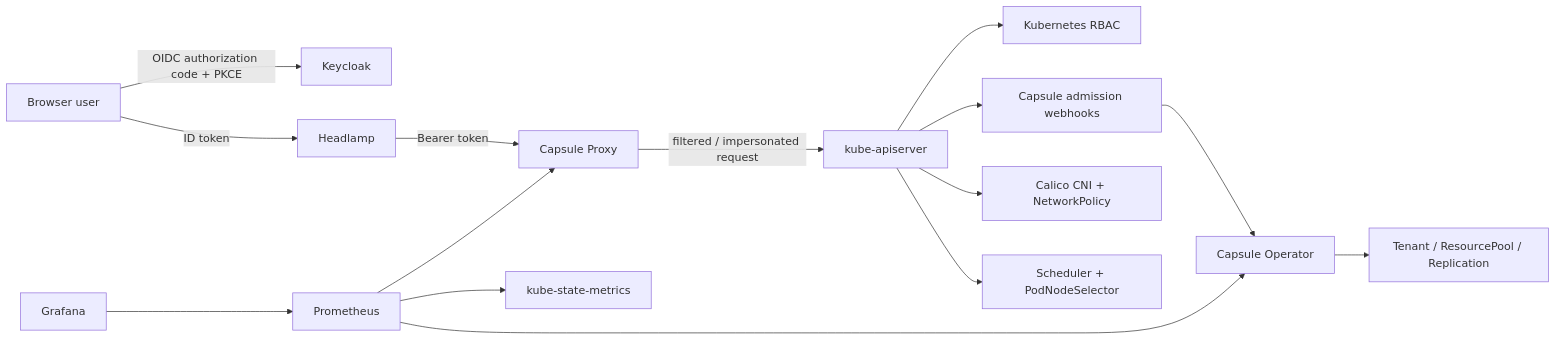
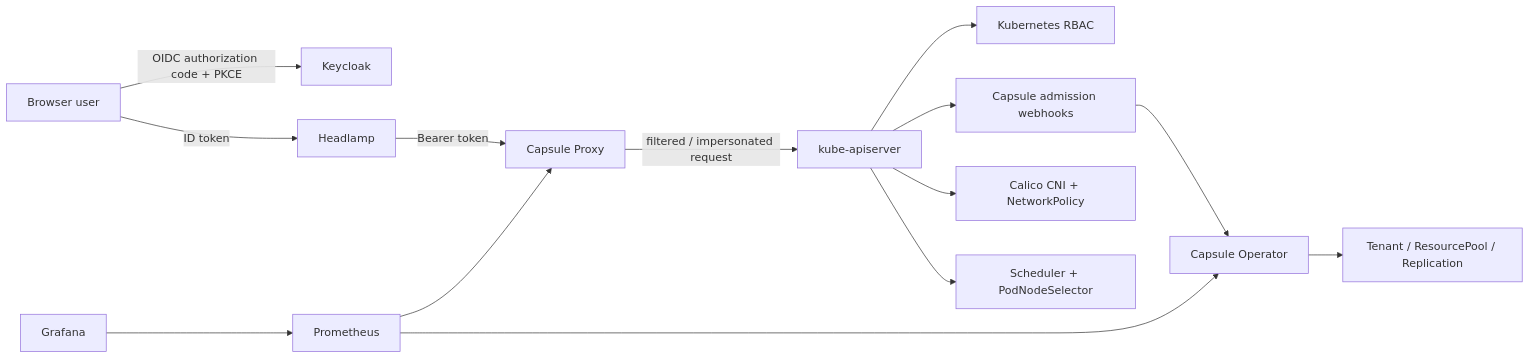
Before and after one commit to thaihoc1310/tenantry: the first of 2 diagrams in CAPSULE-LAB-DEEP-DIVE.md, drawn with Mermaid. The commit also changed other lines of this file and 9 other files, not shown here.

````diff
--- a/CAPSULE-LAB-DEEP-DIVE.md
+++ b/CAPSULE-LAB-DEEP-DIVE.md
@@ -38,17 +38,16 @@
 ```mermaid
 flowchart LR
     U["Browser user"] -->|"OIDC authorization code + PKCE"| K["Keycloak"]
     U -->|"ID token"| H["Headlamp"]
     H -->|"Bearer token"| P["Capsule Proxy"]
     P -->|"filtered / impersonated request"| A["kube-apiserver"]
     A --> RBAC["Kubernetes RBAC"]
     A --> WH["Capsule admission webhooks"]
     WH --> C["Capsule Operator"]
     C --> T["Tenant / ResourcePool / Replication"]
     A --> CAL["Calico CNI + NetworkPolicy"]
     A --> S["Scheduler + PodNodeSelector"]
     M["Prometheus"] --> C
     M --> P
-    M --> KSM["kube-state-metrics"]
     G["Grafana"] --> M
 ```
````
